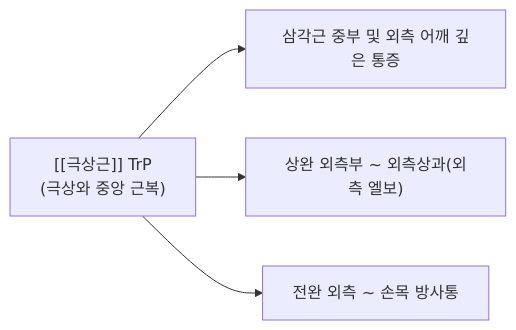
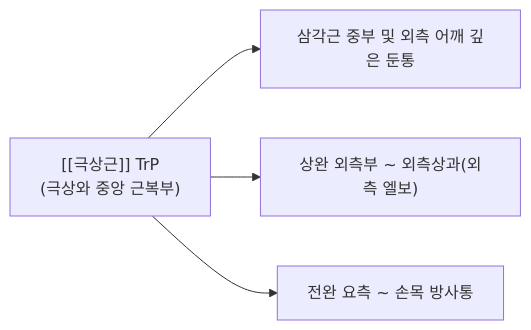
Before and after one commit to simbio11/simbio-digital-garden2: the third of 3 diagrams in content/1. 근골격계 공부/근육/(4) 어깨/극상근.md, drawn with Mermaid. The commit also changed other lines of this file and 150 other files, not shown here.

````diff
--- a/content/1. 근골격계 공부/근육/(4) 어깨/극상근.md
+++ b/content/1. 근골격계 공부/근육/(4) 어깨/극상근.md
@@ -76,7 +87,6 @@
 ```mermaid
 flowchart LR
-    TP["[[극상근]] TrP
-(극상와 중앙 근복)"] --> Zone1["삼각근 중부 및 외측 어깨 깊은 통증"]
+    TP["[[극상근]] TrP<br>(극상와 중앙 근복부)"] --> Zone1["삼각근 중부 및 외측 어깨 깊은 둔통"]
     TP --> Zone2["상완 외측부 ~ 외측상과(외측 엘보)"]
-    TP --> Zone3["전완 외측 ~ 손목 방사통"]
+    TP --> Zone3["전완 요측 ~ 손목 방사통"]
 ```
````
